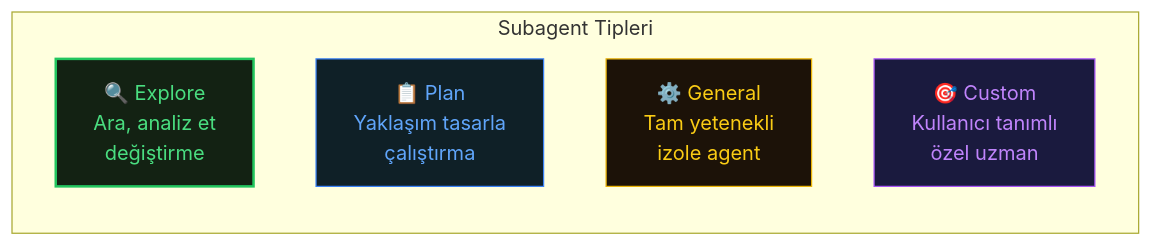
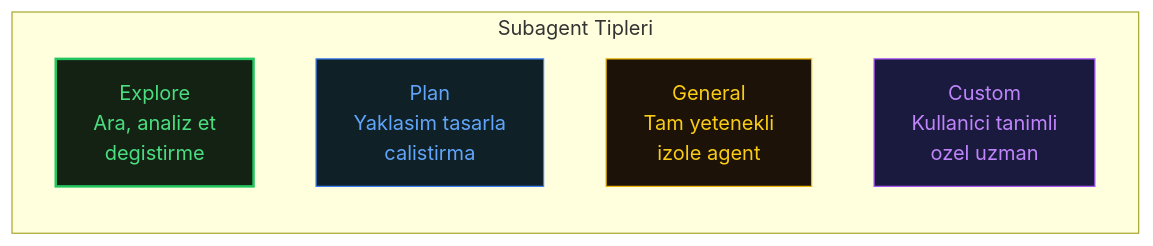
The third of 7 diagrams in 06-What-are-Subagents.md (alperhankendi/claude-code-mastery), drawn with Mermaid before and after one commit. The commit also changed other lines of this file, not shown here.

````diff
--- a/06-What-are-Subagents.md
+++ b/06-What-are-Subagents.md
@@ -118,14 +116,14 @@
 ```mermaid
 graph LR
     subgraph TYPES["Subagent Tipleri"]
-        EXP["🔍 Explore<br/>Ara, analiz et<br/>değiştirme"]
-        PLAN["📋 Plan<br/>Yaklaşım tasarla<br/>çalıştırma"]
-        GEN["⚙️ General<br/>Tam yetenekli<br/>izole agent"]
-        CUSTOM["🎯 Custom<br/>Kullanıcı tanımlı<br/>özel uzman"]
+        EXP["Explore<br/>Ara, analiz et<br/>degistirme"]
+        PLAN["Plan<br/>Yaklasim tasarla<br/>calistirma"]
+        GEN["General<br/>Tam yetenekli<br/>izole agent"]
+        CUSTOM["Custom<br/>Kullanici tanimli<br/>ozel uzman"]
     end
 
     style EXP fill:#132213,stroke:#22c55e,stroke-width:2px,color:#4ade80
     style PLAN fill:#0f2027,stroke:#3b82f6,stroke-width:1px,color:#60a5fa
     style GEN fill:#1c1208,stroke:#eab308,stroke-width:1px,color:#facc15
     style CUSTOM fill:#1a1a3e,stroke:#a855f7,stroke-width:1px,color:#c084fc
 ```
````
